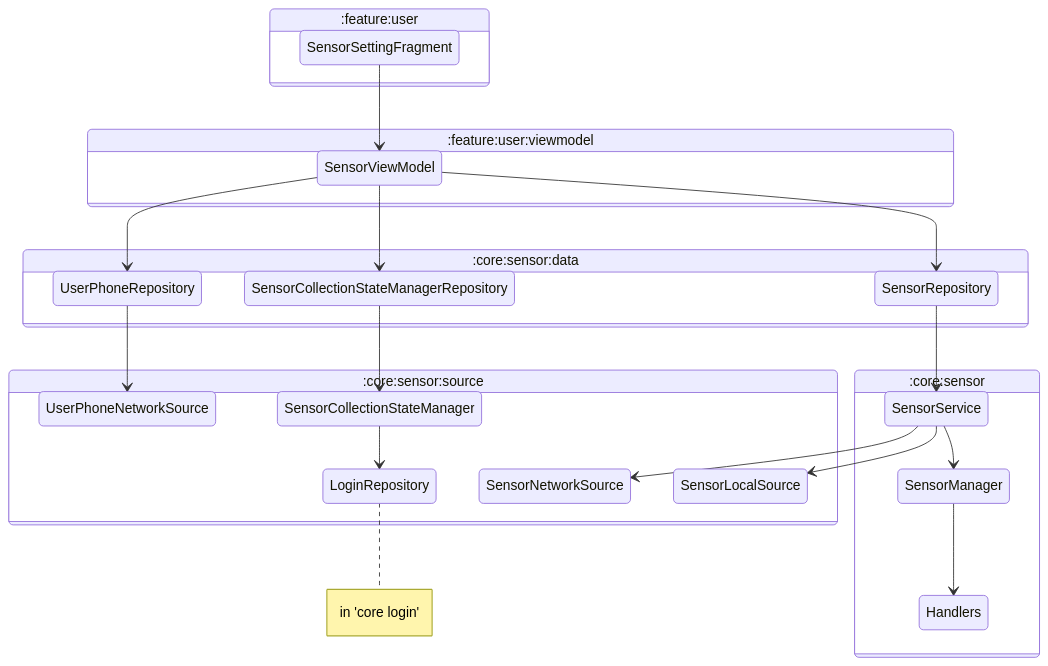
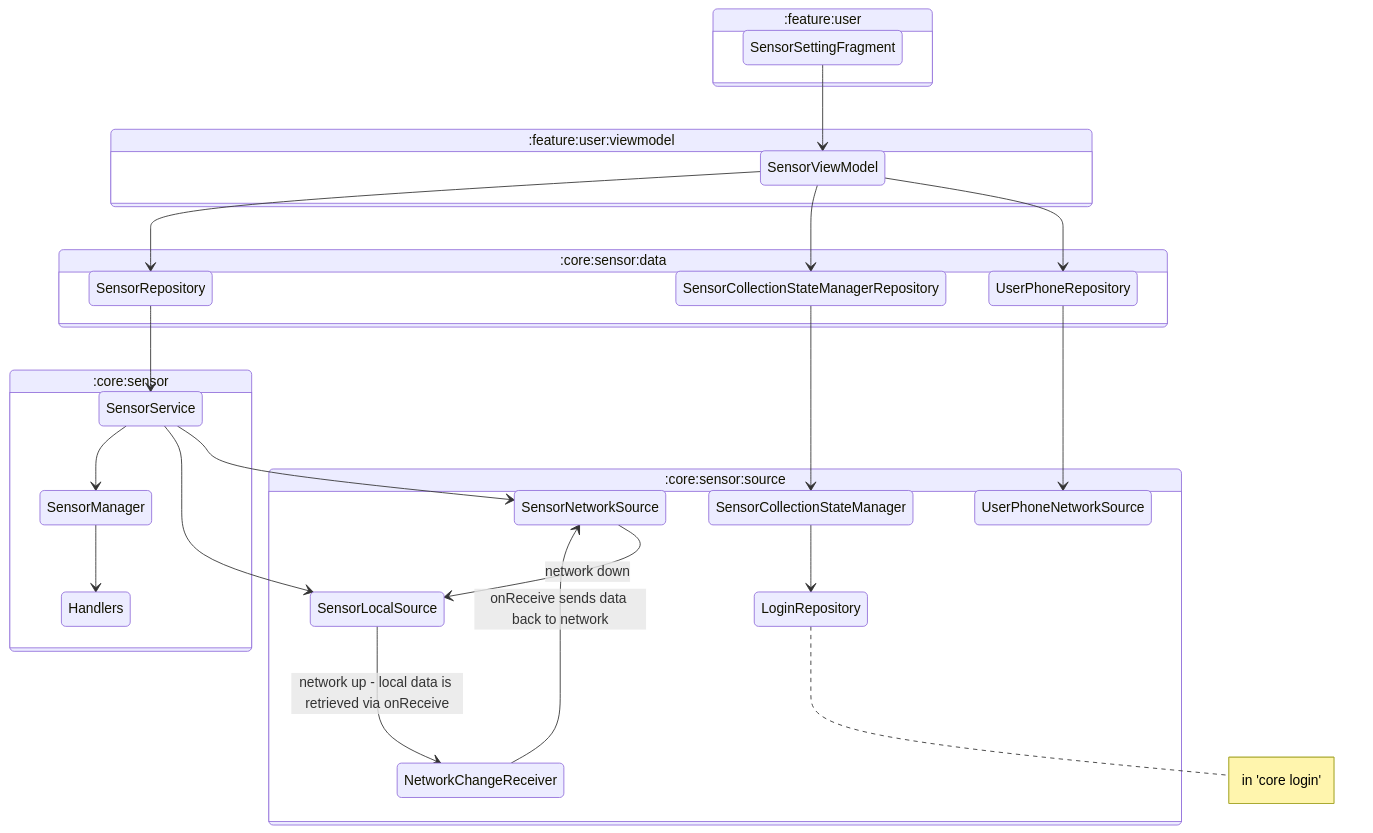
The diagram in Apps/TimelineApp/core/sensor/README.md (cambridge-cares/TheWorldAvatar), drawn with Mermaid before and after one commit. The commit also changed other lines of this file and 1 other file, not shown here.

Commit message:
1773-timeline-app-README-SNAPSHOT merged unsent data readme with sensor README.md

````diff
--- a/Apps/TimelineApp/core/sensor/README.md
+++ b/Apps/TimelineApp/core/sensor/README.md
@@ -11,61 +11,67 @@
 ```mermaid
     stateDiagram-v2
 
       ssf: SensorSettingFragment
       svm: SensorViewModel
       upr: UserPhoneRepository
       scsmr: SensorCollectionStateManagerRepository
       lr: LoginRepository
       sr: SensorRepository
       upns: UserPhoneNetworkSource
       scsm: SensorCollectionStateManager
       sls: SensorLocalSource
       sns: SensorNetworkSource
       ss: SensorService
       sm: SensorManager
       h: Handlers
+      ncr: NetworkChangeReceiver 
 
       ssf --> svm
       svm --> upr
       svm --> scsmr
       svm --> sr
 
       upr --> upns
       scsmr --> scsm
       sr --> ss
 
       ss --> sns
       ss --> sls
       ss --> sm
       sm --> h
+      
+      sns --> sls : network down 
+      sls --> ncr : network up - local data is retrieved via onReceive 
+      ncr --> sns : onReceive sends data back to network 
 
 
       state :feature:user {
         ssf
       }
 
       state :feature:user:viewmodel {
         svm
       }
 
       state :core:sensor:data {
         upr
         scsmr
         sr
       }
 
       state :core:sensor:source {
         upns
         scsm --> lr
         sls
-        sns
+        sns 
+        ncr
 
         note right of lr : in 'core login'
       }
 
       state :core:sensor {
         ss
         sm
         h
       }
 ```
````
